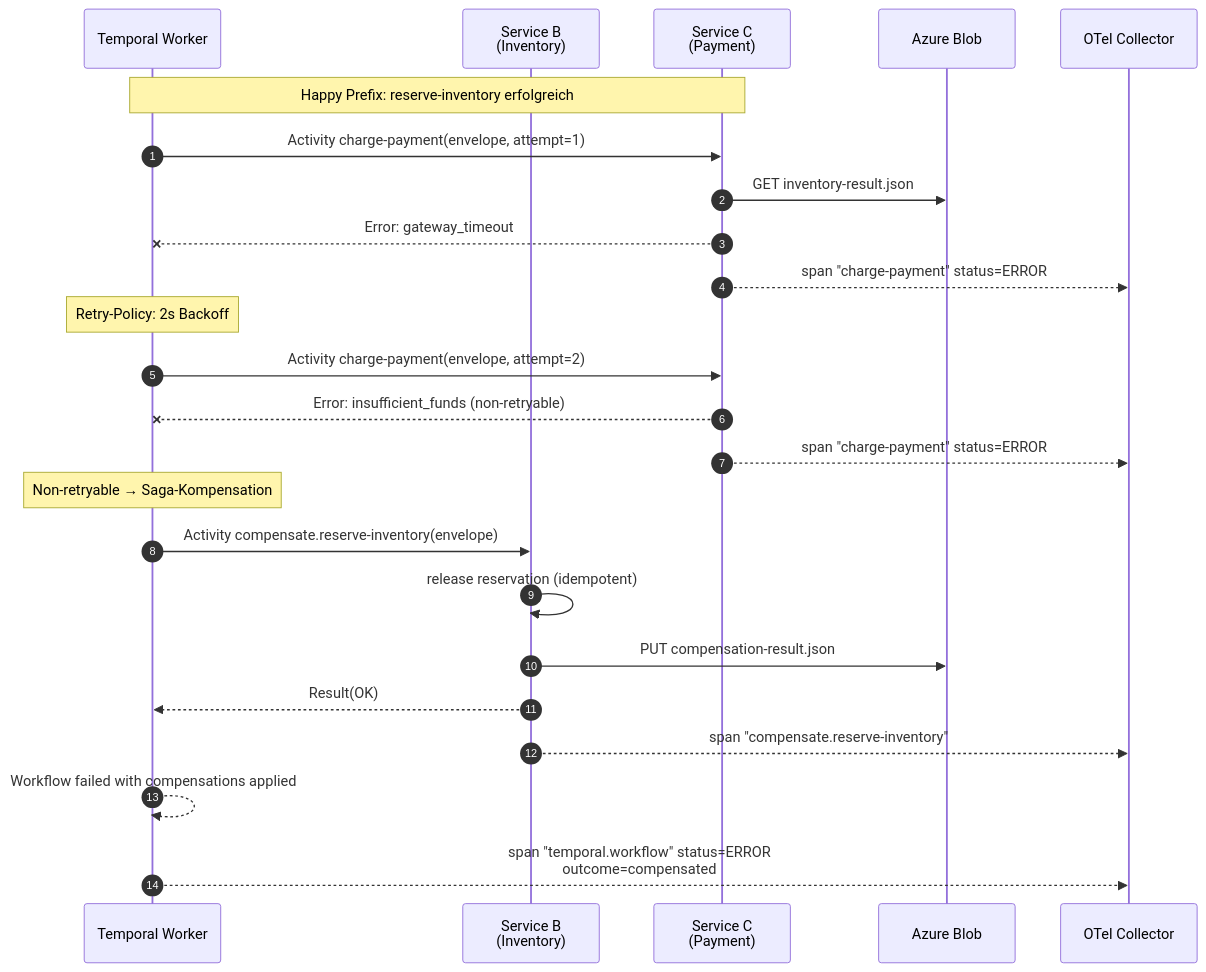
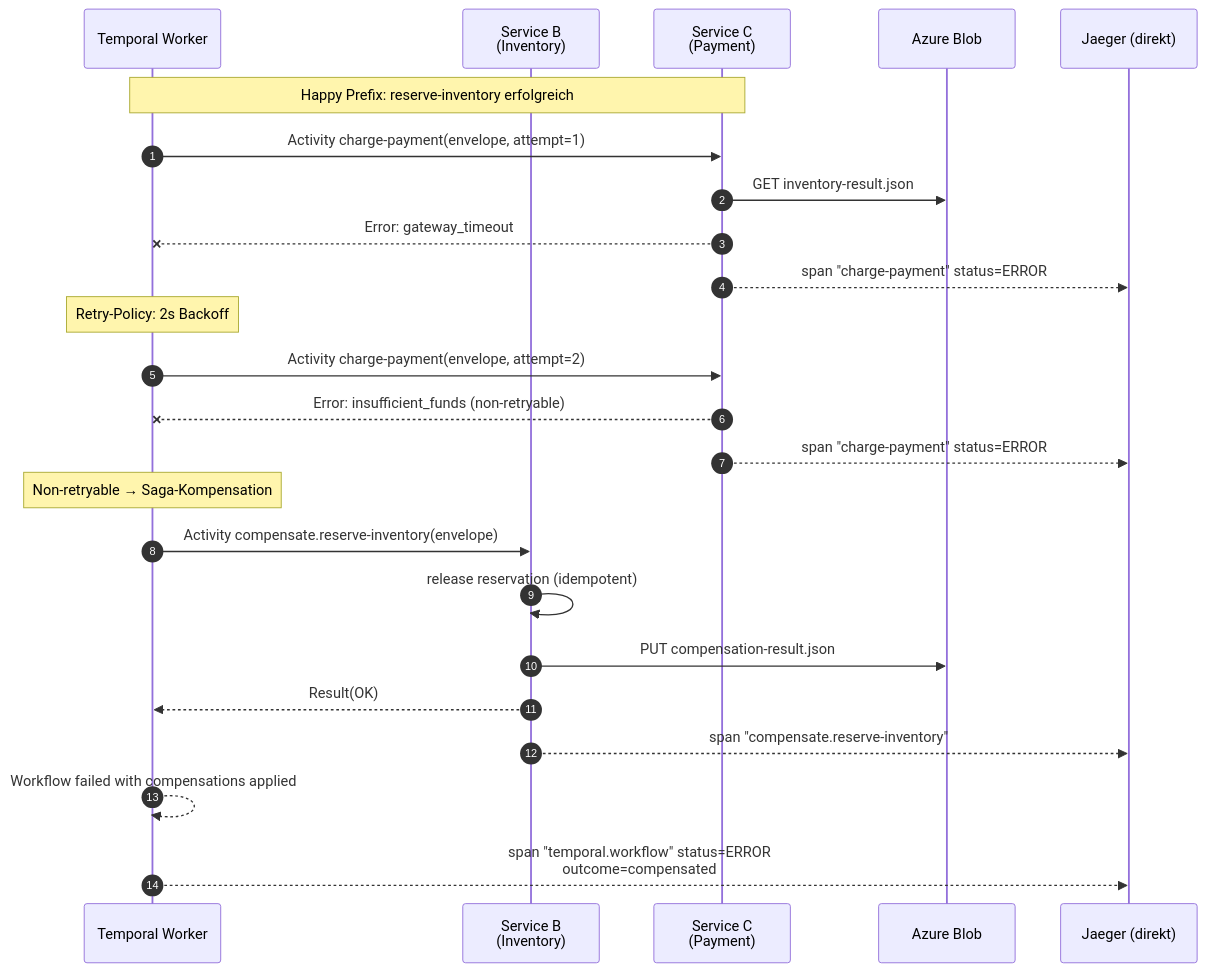
The fourth of 6 diagrams in sdd/research/research-temporal-azure-otel-orchestration.md (haalfi/integration-showcase), drawn with Mermaid before and after one commit. The commit also changed other lines of this file and 2 other files, not shown here.

````diff
--- a/sdd/research/research-temporal-azure-otel-orchestration.md
+++ b/sdd/research/research-temporal-azure-otel-orchestration.md
@@ -209,31 +234,31 @@
 ```mermaid
 sequenceDiagram
     autonumber
     participant T as Temporal Worker
     participant B as Service B<br/>(Inventory)
     participant C as Service C<br/>(Payment)
     participant AB as Azure Blob
-    participant O as OTel Collector
+    participant O as Jaeger (direkt)
 
     Note over T,C: Happy Prefix: reserve-inventory erfolgreich
 
     T->>C: Activity charge-payment(envelope, attempt=1)
     C->>AB: GET inventory-result.json
     C--xT: Error: gateway_timeout
     C-->>O: span "charge-payment" status=ERROR
 
     Note over T: Retry-Policy: 2s Backoff
     T->>C: Activity charge-payment(envelope, attempt=2)
     C--xT: Error: insufficient_funds (non-retryable)
     C-->>O: span "charge-payment" status=ERROR
 
     Note over T: Non-retryable → Saga-Kompensation
     T->>B: Activity compensate.reserve-inventory(envelope)
     B->>B: release reservation (idempotent)
     B->>AB: PUT compensation-result.json
     B-->>T: Result(OK)
     B-->>O: span "compensate.reserve-inventory"
 
     T-->>T: Workflow failed with compensations applied
     T-->>O: span "temporal.workflow" status=ERROR<br/>outcome=compensated
 ```
````
